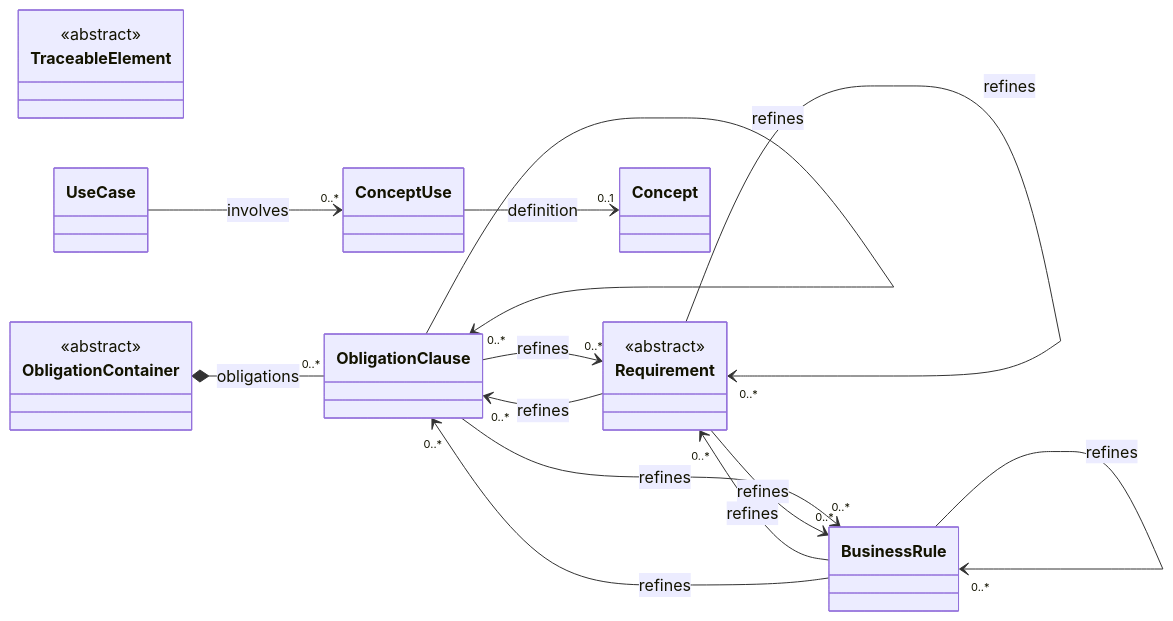
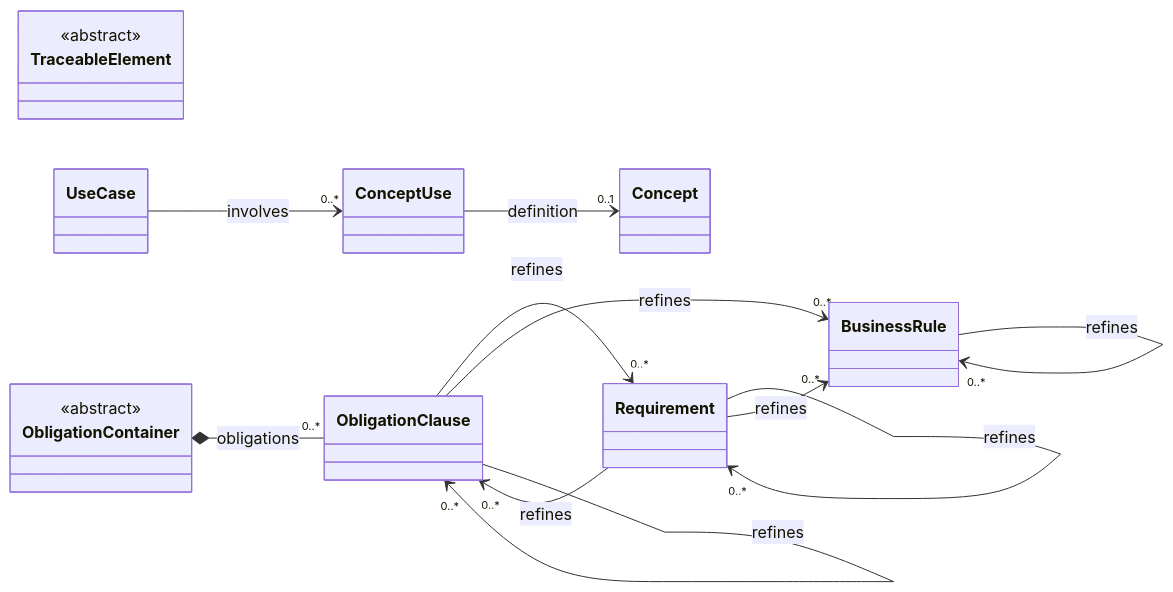
Before and after one commit to craigsmitham/dotspec: diagram 15 of 18 in docs/reference/model/core.md, drawn with Mermaid. The commit also changed other lines of this file and 139 other files, not shown here.

````diff
--- a/docs/reference/model/core.md
+++ b/docs/reference/model/core.md
@@ -342,27 +346,24 @@
 ```mermaid
 classDiagram
     direction LR
     class TraceableElement
     <<abstract>> TraceableElement
     class ObligationClause
     class Requirement
-    <<abstract>> Requirement
     class BusinessRule
     class UseCase
     class ConceptUse
     class Concept
     class ObligationContainer
     <<abstract>> ObligationContainer
     ObligationContainer *-- "0..*" ObligationClause : obligations
     ObligationClause --> "0..*" Requirement : refines
     ObligationClause --> "0..*" BusinessRule : refines
     ObligationClause --> "0..*" ObligationClause : refines
     Requirement --> "0..*" Requirement : refines
     Requirement --> "0..*" BusinessRule : refines
     Requirement --> "0..*" ObligationClause : refines
-    BusinessRule --> "0..*" Requirement : refines
     BusinessRule --> "0..*" BusinessRule : refines
-    BusinessRule --> "0..*" ObligationClause : refines
     UseCase --> "0..*" ConceptUse : involves
     ConceptUse --> "0..1" Concept : definition
 ```
````
